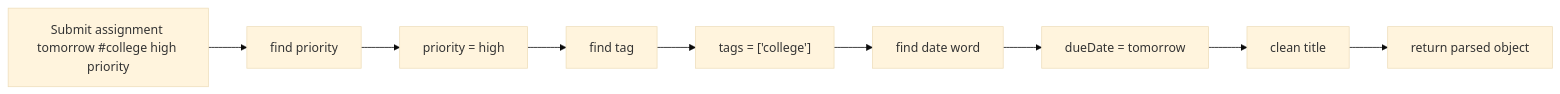
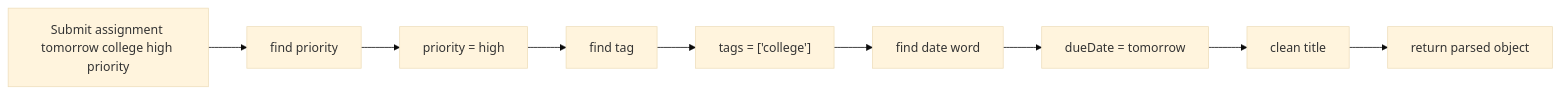
Before and after one commit to zxcvryo/Oops-Later-Codebase: diagram 13 of 43 in README.md, drawn with Mermaid (base theme). The commit also changed other lines of this file, not shown here.

````diff
--- a/README.md
+++ b/README.md
@@ -3535,11 +3535,11 @@
 ```mermaid
 flowchart LR
-    A["Submit assignment tomorrow #college high priority"] --> B["find priority"]
+    A["Submit assignment tomorrow college high priority"] --> B["find priority"]
     B --> C["priority = high"]
     C --> D["find tag"]
     D --> E["tags = ['college']"]
     E --> F["find date word"]
     F --> G["dueDate = tomorrow"]
     G --> H["clean title"]
     H --> I["return parsed object"]
 ```
````
